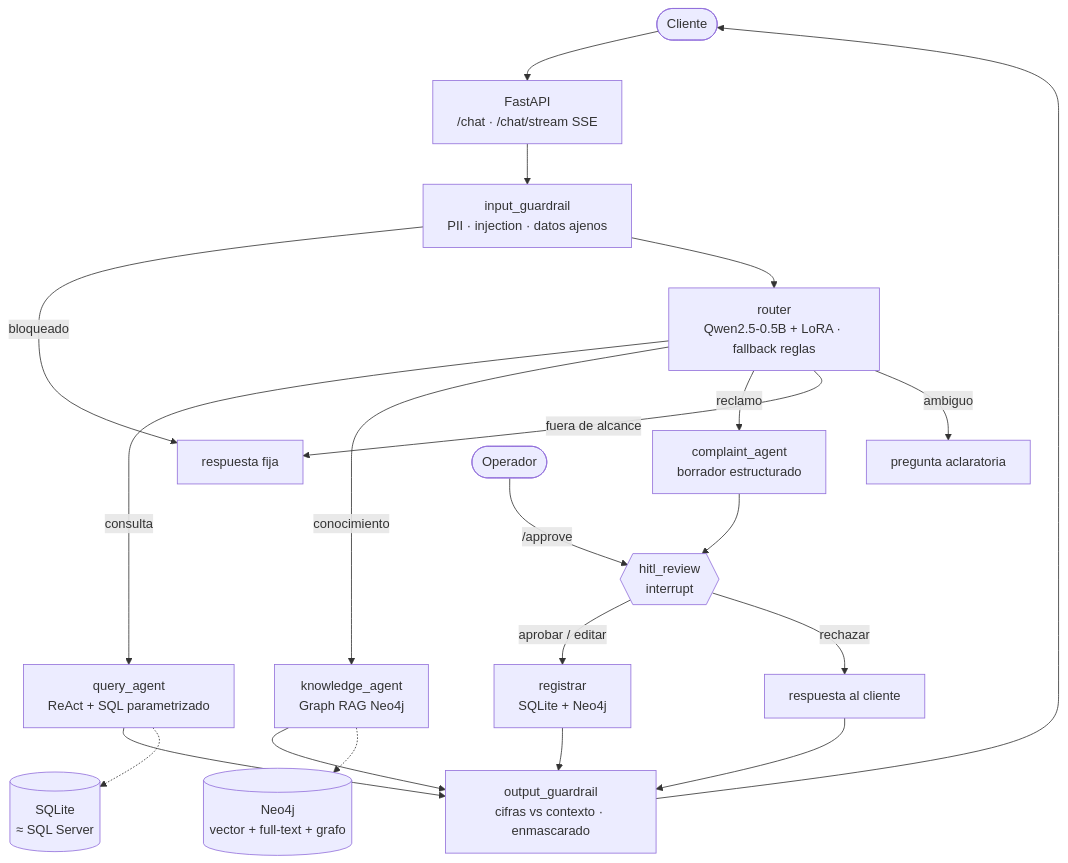
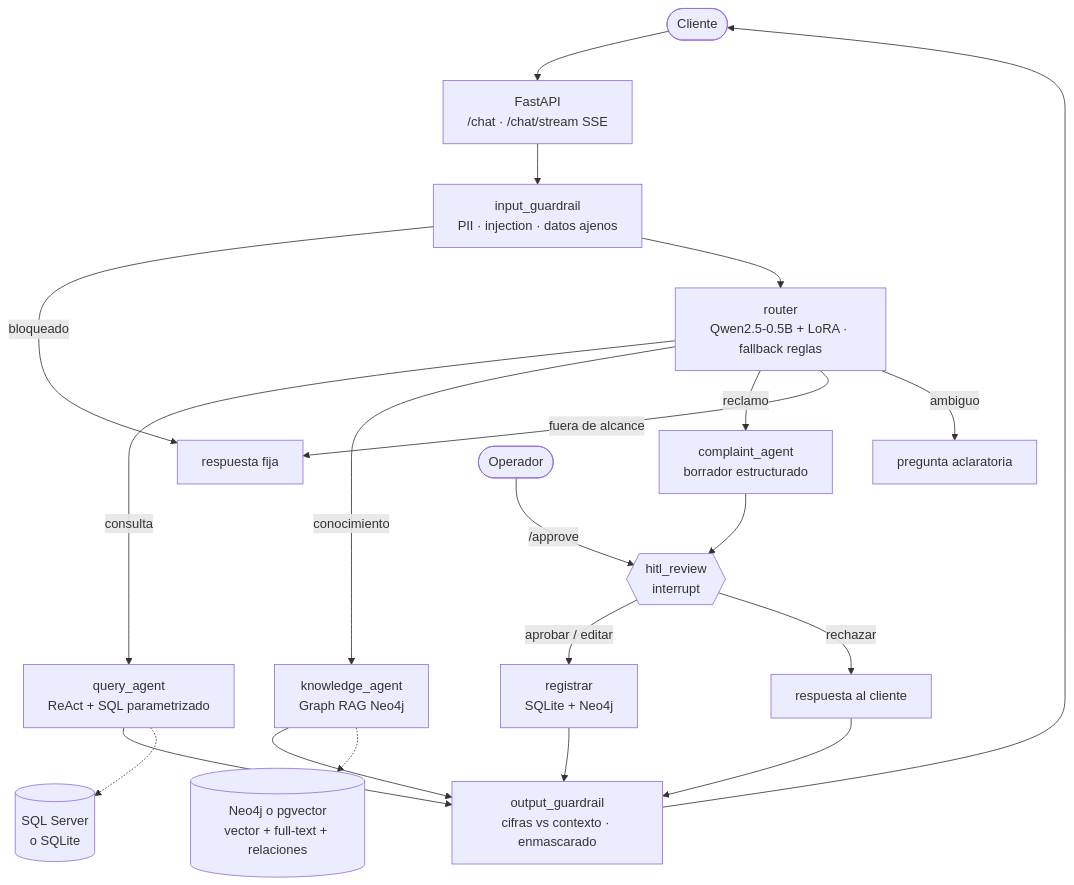
One commit to Elvis-David-Quinteros-Siles/banking-agentic-assistant changed the diagram in README.md. Above: the diagram before and after it, drawn with Mermaid. The commit also changed other lines of this file and 38 other files, not shown here.

First line of the commit message:
feat: core bancario en SQL Server y RAG en pgvector (stack de la vacante)

````diff
--- a/README.md
+++ b/README.md
@@ -66,20 +66,20 @@
 ```mermaid
 flowchart TD
     U([Cliente]) --> API[FastAPI<br/>/chat · /chat/stream SSE]
     API --> GIN[input_guardrail<br/>PII · injection · datos ajenos]
     GIN -- bloqueado --> BLK[respuesta fija]
     GIN --> R[router<br/>Qwen2.5-0.5B + LoRA · fallback reglas]
     R -- consulta --> QA[query_agent<br/>ReAct + SQL parametrizado]
     R -- conocimiento --> KA[knowledge_agent<br/>Graph RAG Neo4j]
     R -- reclamo --> CA[complaint_agent<br/>borrador estructurado]
     R -- fuera de alcance --> BLK
     R -- ambiguo --> CL[pregunta aclaratoria]
     CA --> H{{hitl_review<br/>interrupt}}
     OP([Operador]) -- /approve --> H
     H -- aprobar / editar --> REG[registrar<br/>SQLite + Neo4j]
     H -- rechazar --> REJ[respuesta al cliente]
     QA & KA & REG & REJ --> GOUT[output_guardrail<br/>cifras vs contexto · enmascarado]
     GOUT --> U
-    QA -.-> SQL[(SQLite<br/>≈ SQL Server)]
-    KA -.-> NEO[(Neo4j<br/>vector + full-text + grafo)]
+    QA -.-> SQL[(SQL Server<br/>o SQLite)]
+    KA -.-> NEO[(Neo4j o pgvector<br/>vector + full-text + relaciones)]
 ```
````
